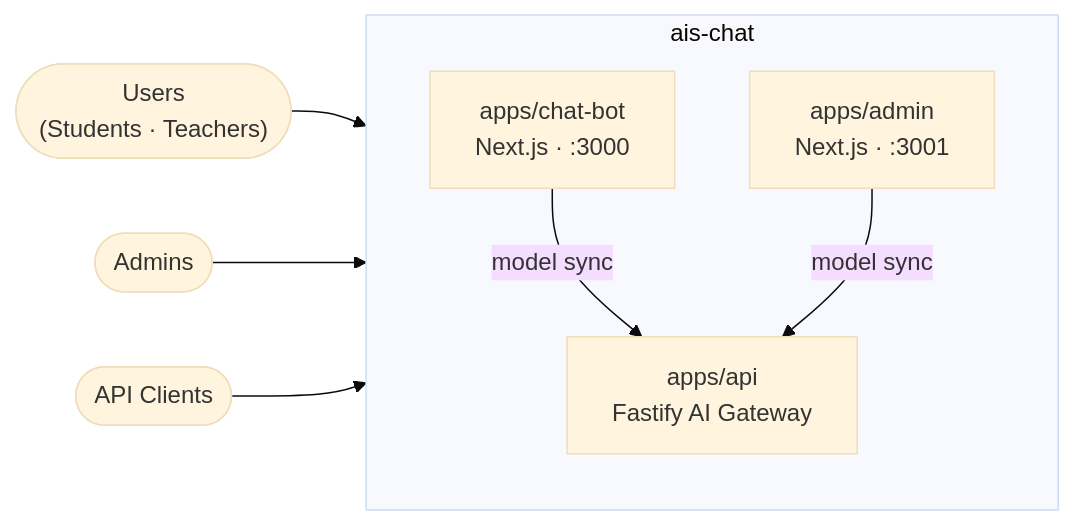
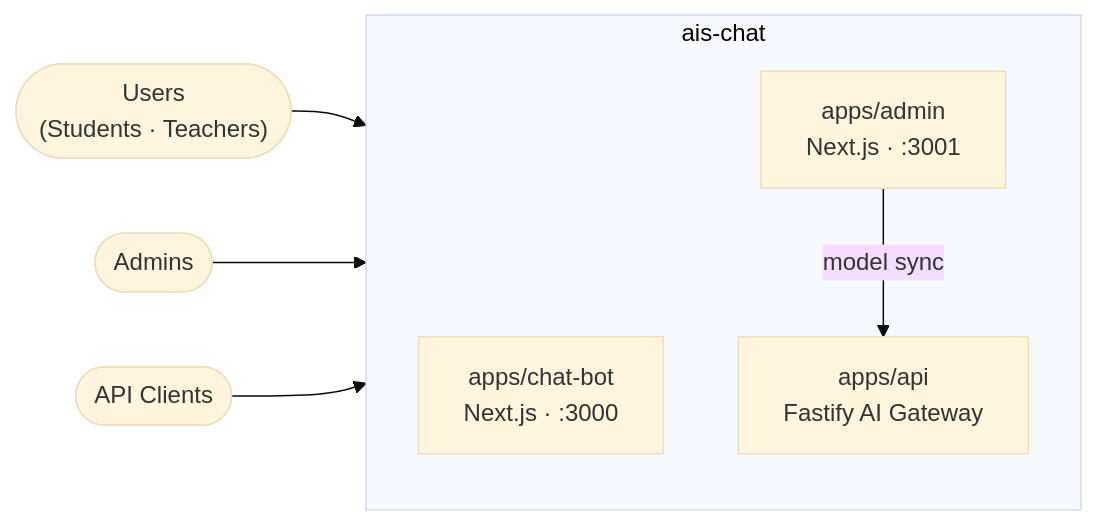
One commit to FWU-DE/telli-dialog changed the first of 23 diagrams in docs/current_architecture/architecture.md. Above: the diagram before and after it, drawn with Mermaid (base theme). The commit also changed other lines of this file, not shown here.

First line of the commit message:
address PR review comments on architecture docs

````diff
--- a/docs/current_architecture/architecture.md
+++ b/docs/current_architecture/architecture.md
@@ -17,19 +17,18 @@
 ```mermaid
 graph LR
     users(["Users\n(Students · Teachers)"])
     admins(["Admins"])
     clients(["API Clients"])
 
     subgraph system["ais-chat"]
         direction TB
         chatbot["apps/chat-bot\nNext.js · :3000"]
         admin["apps/admin\nNext.js · :3001"]
         api["apps/api\nFastify AI Gateway"]
     end
 
     users --> chatbot
     admins --> admin
     clients --> api
-    chatbot -->|model sync| api
     admin -->|model sync| api
 ```
````
